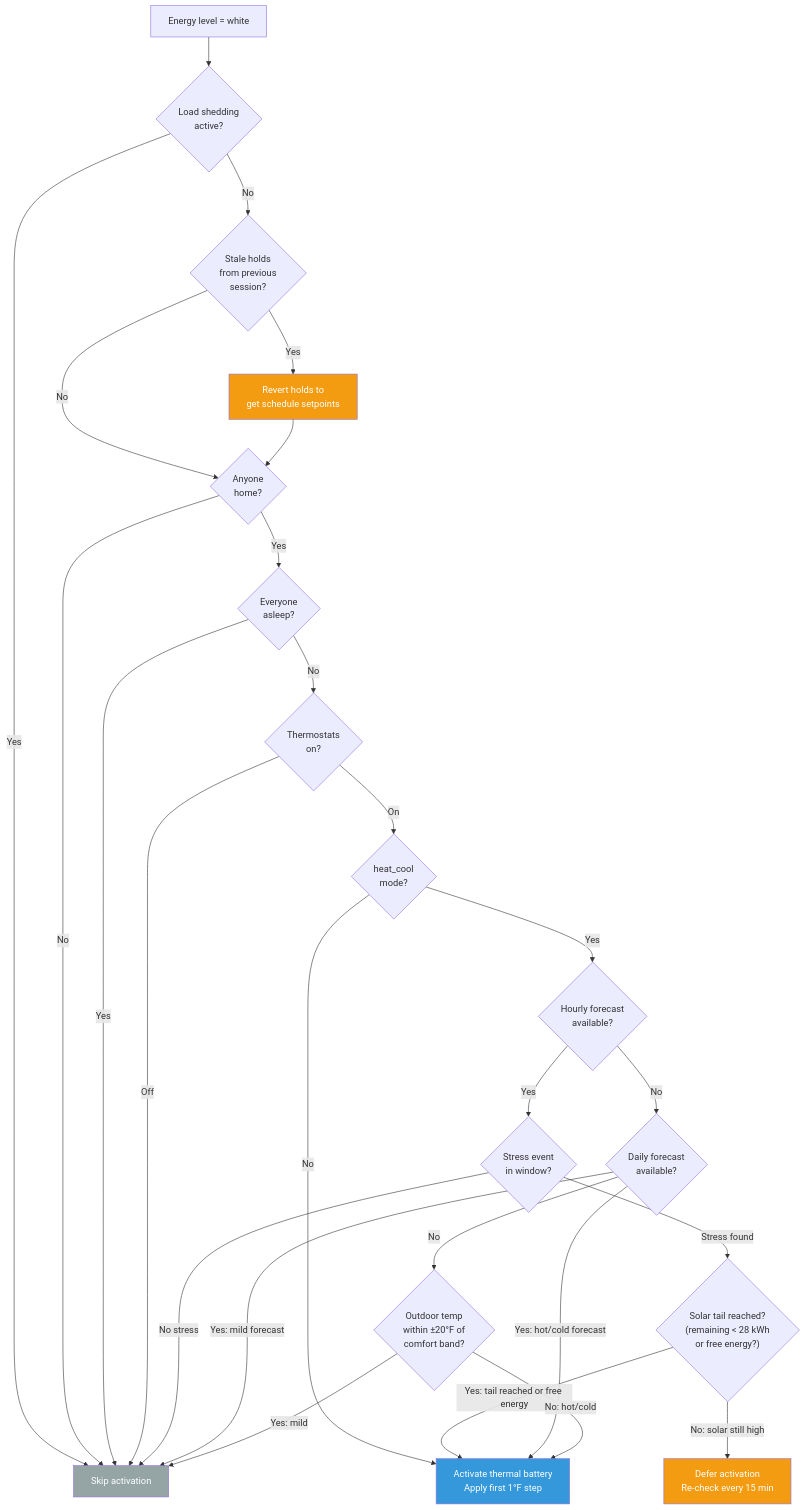
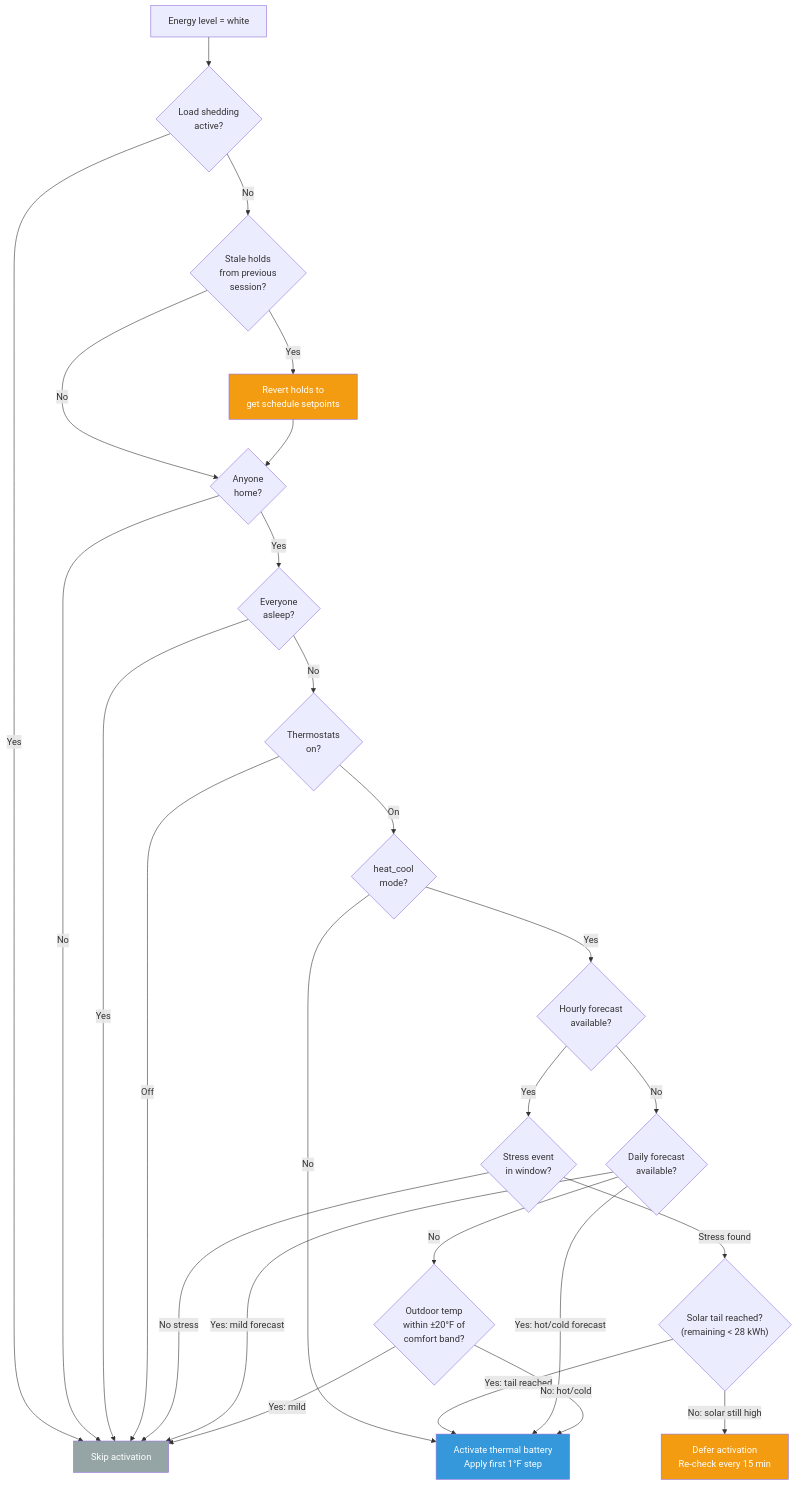
The fourth of 7 diagrams in docs/flows/LOAD_SHEDDING.md (NickBorgers/home-automation), drawn with Mermaid before and after one commit. The commit also changed other lines of this file and 18 other files, not shown here.

Commit message:
fix: remove scheduled free grid energy

````diff
--- a/docs/flows/LOAD_SHEDDING.md
+++ b/docs/flows/LOAD_SHEDDING.md
@@ -128,50 +128,50 @@
 ```mermaid
 flowchart TD
     whiteLevel["Energy level = white"]
     checkLS{"Load shedding<br/>active?"}
     checkStaleHolds{"Stale holds<br/>from previous<br/>session?"}
     revertHolds["Revert holds to<br/>get schedule setpoints"]
     checkHome{"Anyone<br/>home?"}
     checkSleep{"Everyone<br/>asleep?"}
     checkHVAC{"Thermostats<br/>on?"}
     checkMode{"heat_cool<br/>mode?"}
     checkHourly{"Hourly forecast<br/>available?"}
     checkStress{"Stress event<br/>in window?"}
-    checkSolarTail{"Solar tail reached?<br/>(remaining &lt; 28 kWh<br/>or free energy?)"}
+    checkSolarTail{"Solar tail reached?<br/>(remaining &lt; 28 kWh)"}
     deferred["Defer activation<br/>Re-check every 15 min"]
     checkDaily{"Daily forecast<br/>available?"}
     checkOutdoor{"Outdoor temp<br/>within ±20°F of<br/>comfort band?"}
     activate["Activate thermal battery<br/>Apply first 1°F step"]
     skip["Skip activation"]
 
     whiteLevel --> checkLS
     checkLS -->|Yes| skip
     checkLS -->|No| checkStaleHolds
     checkStaleHolds -->|Yes| revertHolds
     checkStaleHolds -->|No| checkHome
     revertHolds --> checkHome
     checkHome -->|No| skip
     checkHome -->|Yes| checkSleep
     checkSleep -->|Yes| skip
     checkSleep -->|No| checkHVAC
     checkHVAC -->|Off| skip
     checkHVAC -->|On| checkMode
     checkMode -->|No| activate
     checkMode -->|Yes| checkHourly
     checkHourly -->|Yes| checkStress
     checkStress -->|No stress| skip
     checkStress -->|Stress found| checkSolarTail
     checkSolarTail -->|No: solar still high| deferred
-    checkSolarTail -->|Yes: tail reached or free energy| activate
+    checkSolarTail -->|Yes: tail reached| activate
     checkHourly -->|No| checkDaily
     checkDaily -->|Yes: mild forecast| skip
     checkDaily -->|Yes: hot/cold forecast| activate
     checkDaily -->|No| checkOutdoor
     checkOutdoor -->|Yes: mild| skip
     checkOutdoor -->|No: hot/cold| activate
 
     style activate fill:#3498db,color:#fff
     style skip fill:#95a5a6,color:#fff
     style deferred fill:#f39c12,color:#fff
     style revertHolds fill:#f39c12,color:#fff
 ```
````
